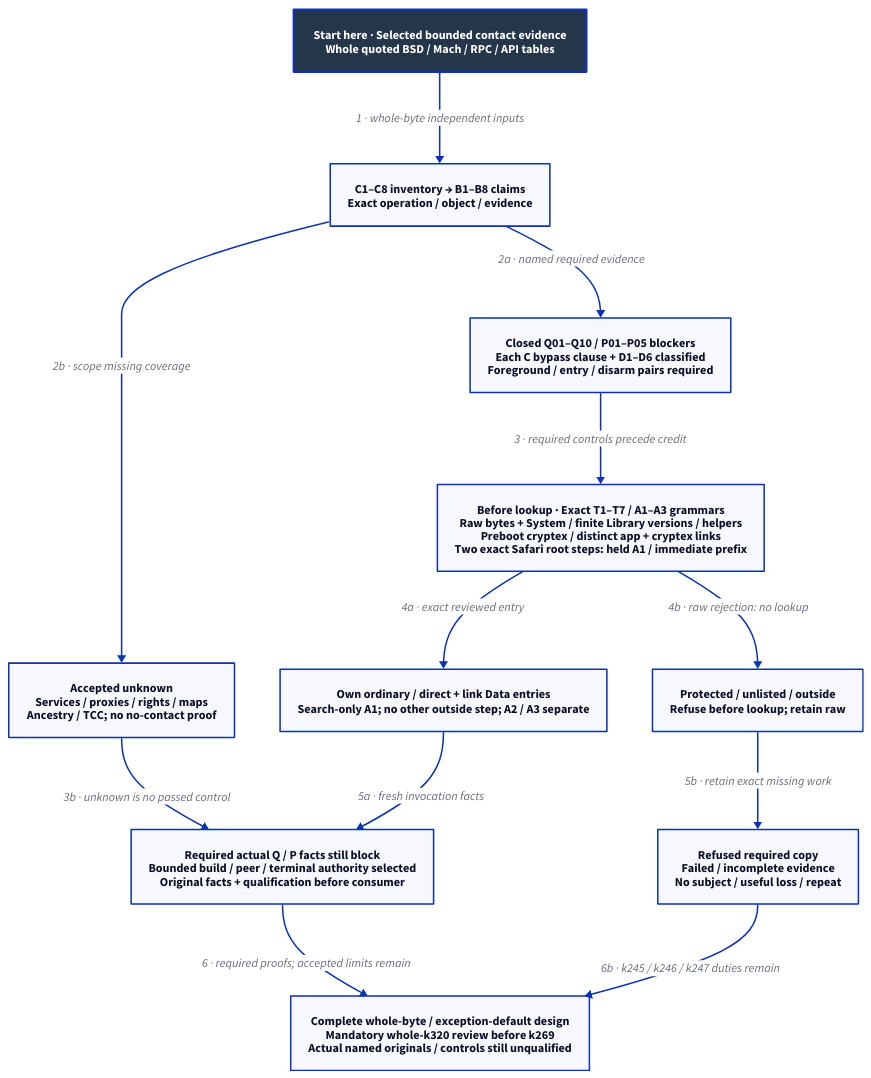
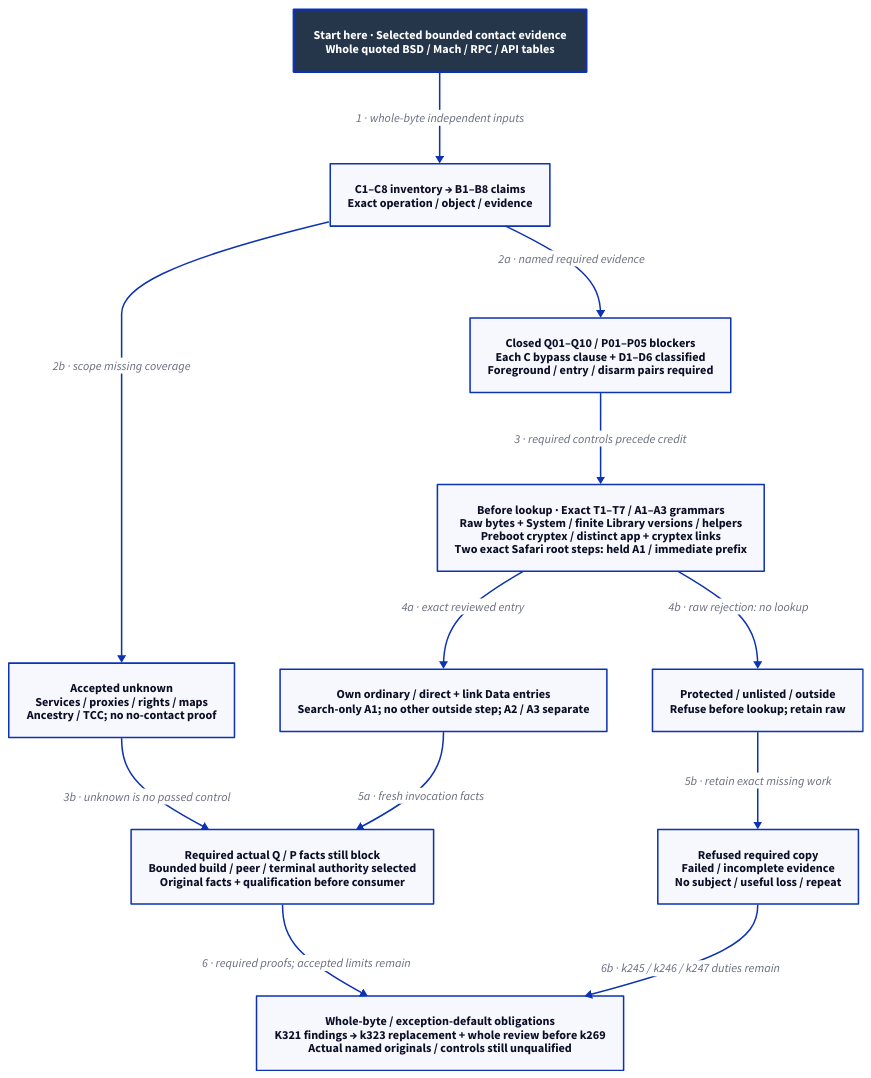
Before and after one commit to Linkuistics/Koine: the diagram in docs/design/architecture/native-reference-contact.d2, drawn with D2. The commit also changed 48 other files, not shown here.

Commit message:
Integrate practical admission review and place its complete repair (reference-evidence-practical-admission-k322)

```diff
--- a/docs/design/architecture/native-reference-contact.d2
+++ b/docs/design/architecture/native-reference-contact.d2
@@ -1,26 +1,26 @@
 # Selected bounded contact/pre-lookup design; no control or target evidence supplied.
 direction: down
 classes: {
   start: {style: {fill: "#25364B"; font-color: "#FFFFFF"; bold: true; stroke-width: 3}}
 }
 Start: "Start here · Selected bounded contact evidence\nWhole quoted BSD / Mach / RPC / API tables" {class: start}
 Claims: "C1–C8 inventory → B1–B8 claims\nExact operation / object / evidence"
 Controls: "Closed Q01–Q10 / P01–P05 blockers\nEach C bypass clause + D1–D6 classified\nForeground / entry / disarm pairs required"
 Unknown: "Accepted unknown\nServices / proxies / rights / maps\nAncestry / TCC; no no-contact proof"
 Policy: "Before lookup · Exact T1–T7 / A1–A3 grammars\nRaw bytes + System / finite Library versions / helpers\nPreboot cryptex / distinct app + cryptex links\nTwo exact Safari root steps: held A1 / immediate prefix"
 Allowed: "Own ordinary / direct + link Data entries\nSearch-only A1; no other outside step; A2 / A3 separate"
 Refuse: "Protected / unlisted / outside\nRefuse before lookup; retain raw"
 Gate: "Required actual Q / P facts still block\nBounded build / peer / terminal authority selected\nOriginal facts + qualification before consumer"
 Failed: "Refused required copy\nFailed / incomplete evidence\nNo subject / useful loss / repeat"
-Whole: "Complete whole-byte / exception-default design\nMandatory whole-k320 review before k269\nActual named originals / controls still unqualified"
+Whole: "Whole-byte / exception-default obligations\nK321 findings → k323 replacement + whole review before k269\nActual named originals / controls still unqualified"
 Start -> Claims: "1 · whole-byte independent inputs"
 Claims -> Controls: "2a · named required evidence"
 Claims -> Unknown: "2b · scope missing coverage"
 Controls -> Policy: "3 · required controls precede credit"
 Unknown -> Gate: "3b · unknown is no passed control"
 Policy -> Allowed: "4a · exact reviewed entry"
 Policy -> Refuse: "4b · raw rejection: no lookup"
 Allowed -> Gate: "5a · fresh invocation facts"
 Refuse -> Failed: "5b · retain exact missing work"
 Gate -> Whole: "6 · required proofs; accepted limits remain"
 Failed -> Whole: "6b · k245 / k246 / k247 duties remain"
```
